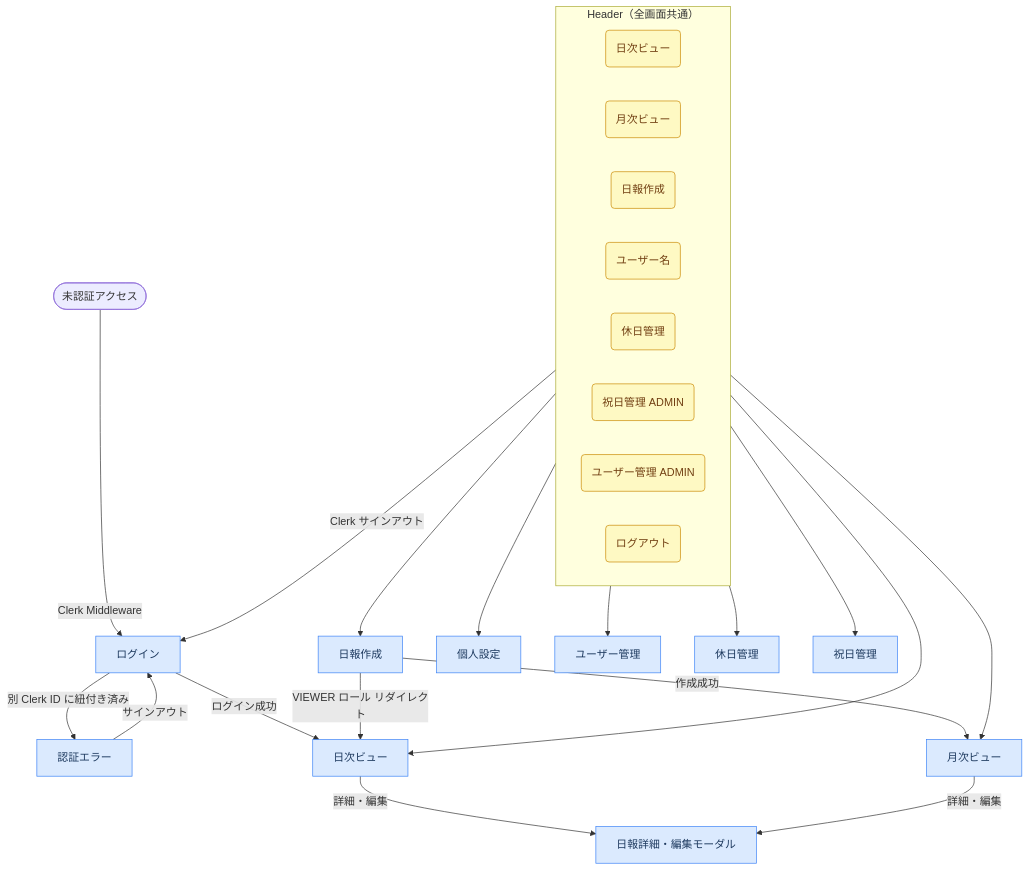
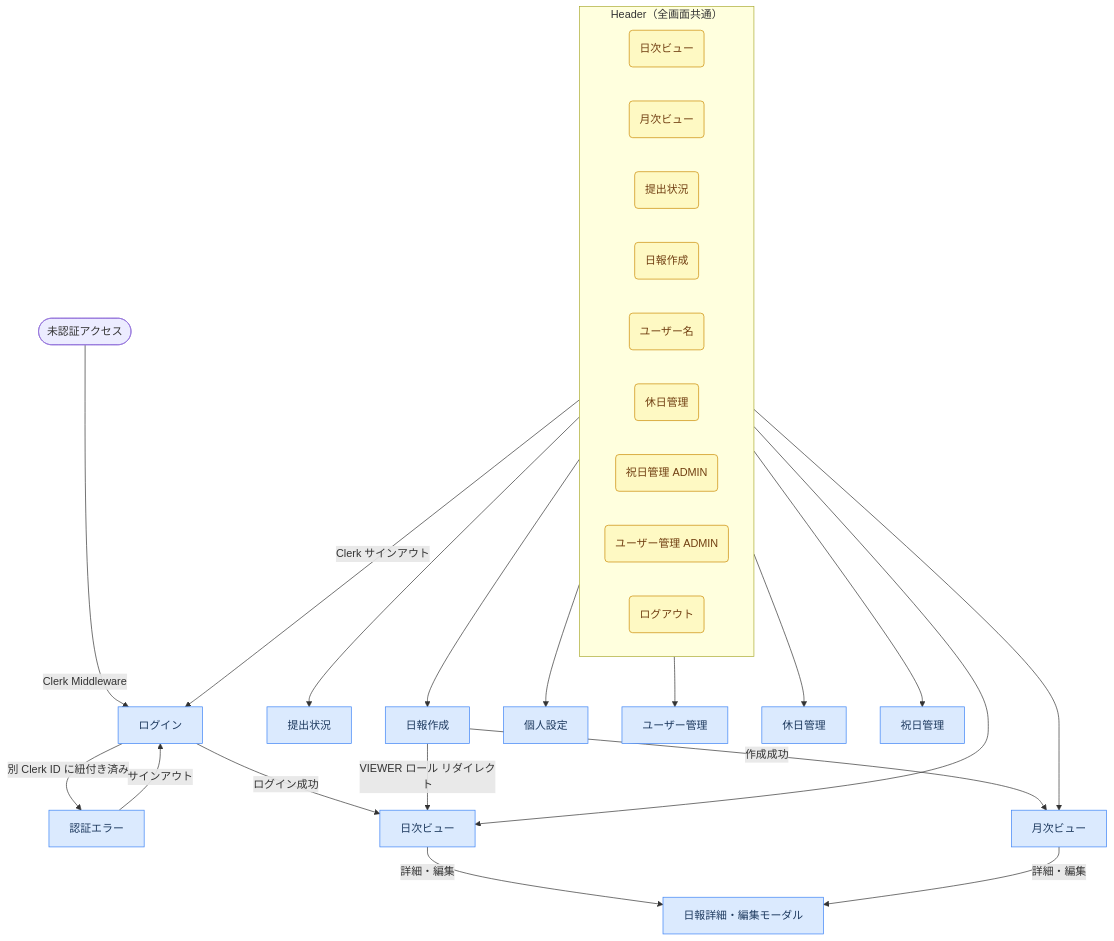
One commit to ot-nemoto/daily-hub changed the diagram in docs/ui.md. Above: the diagram before and after it, drawn with Mermaid. The commit also changed other lines of this file and 5 other files, not shown here.

````diff
--- a/docs/ui.md
+++ b/docs/ui.md
@@ -21,49 +22,52 @@
 ```mermaid
 flowchart TD
     classDef screen fill:#dbeafe,stroke:#3b82f6,color:#1e3a5f
     classDef nav fill:#fef9c3,stroke:#ca8a04,color:#713f12
 
     UNAUTH([未認証アクセス])
     LOGIN[ログイン]:::screen
     AUTH_ERROR[認証エラー]:::screen
     DAILY[日次ビュー]:::screen
     MONTHLY[月次ビュー]:::screen
+    STATUS[提出状況]:::screen
     NEW[日報作成]:::screen
     MODAL[日報詳細・編集モーダル]:::screen
     SETTINGS[個人設定]:::screen
     ADMIN_USERS[ユーザー管理]:::screen
     DAY_OFF[休日管理]:::screen
     HOLIDAYS[祝日管理]:::screen
     UNAUTH -->|Clerk Middleware| LOGIN
     LOGIN -->|ログイン成功| DAILY
     LOGIN -->|別 Clerk ID に紐付き済み| AUTH_ERROR
     AUTH_ERROR -->|サインアウト| LOGIN
 
     DAILY -->|詳細・編集| MODAL
     MONTHLY -->|詳細・編集| MODAL
 
     NEW -->|作成成功| MONTHLY
     NEW -->|VIEWER ロール リダイレクト| DAILY
 
 
     subgraph Header ["Header（全画面共通）"]
         direction LR
         H_DAILY(日次ビュー):::nav
         H_MONTHLY(月次ビュー):::nav
+        H_STATUS(提出状況):::nav
         H_NEW(日報作成):::nav
         H_SETTINGS(ユーザー名):::nav
         H_DAY_OFF(休日管理):::nav
         H_HOLIDAYS(祝日管理 ADMIN):::nav
         H_ADMIN_USERS(ユーザー管理 ADMIN):::nav
         H_LOGOUT(ログアウト):::nav
     end
 
     H_DAILY --> DAILY
     H_MONTHLY --> MONTHLY
+    H_STATUS --> STATUS
     H_NEW --> NEW
     H_DAY_OFF --> DAY_OFF
     H_HOLIDAYS --> HOLIDAYS
     H_SETTINGS --> SETTINGS
     H_ADMIN_USERS --> ADMIN_USERS
     H_LOGOUT -->|Clerk サインアウト| LOGIN
 ```
````
